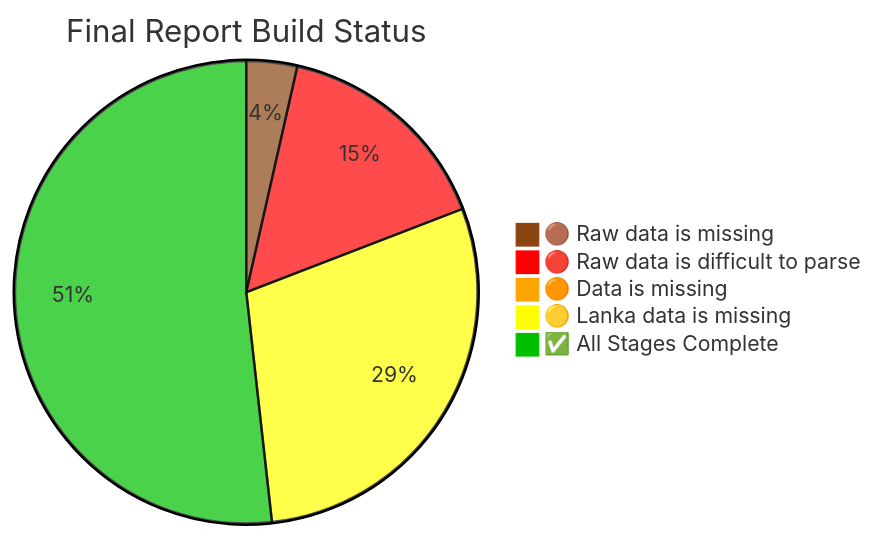
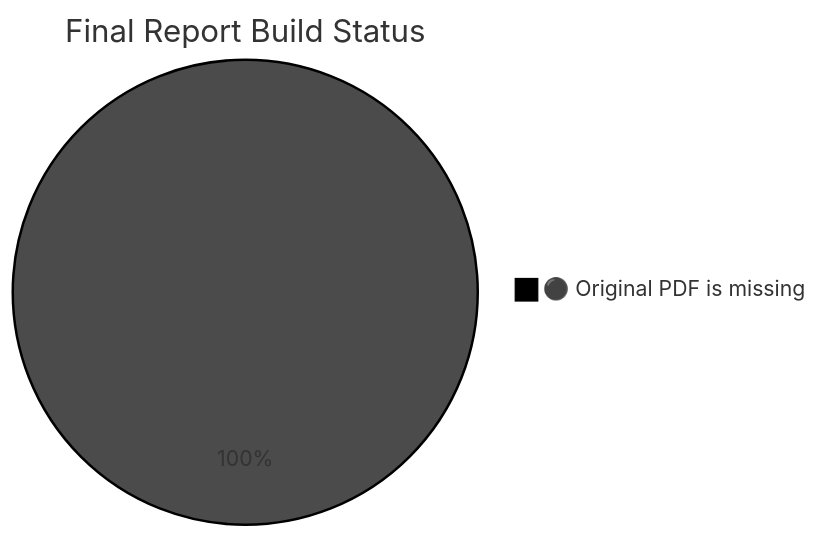
One commit to nuuuwan/lk_census_2024 changed the diagram in README.md. Above: the diagram before and after it, drawn with Mermaid. The commit also changed other lines of this file and 953 other files, not shown here.

````diff
--- a/README.md
+++ b/README.md
@@ -220,9 +221,5 @@
 ```mermaid
-%%{init: {"theme": "base", "themeVariables": {"pie1": "#8B4513", "pie2": "#FF0000", "pie3": "#FFA500", "pie4": "#FFFF00", "pie5": "#00c000"}}}%%
+%%{init: {"theme": "base", "themeVariables": {"pie1": "#000000"}}}%%
 pie title Final Report Build Status
-"🟤 Raw data is missing" : 5
-    "🔴 Raw data is difficult to parse" : 22
-    "🟠 Data is missing" : 1
-    "🟡 Lanka data is missing" : 41
-    "✅ All Stages Complete" : 73
+"⚫️ Original PDF is missing" : 142
 ```
````
